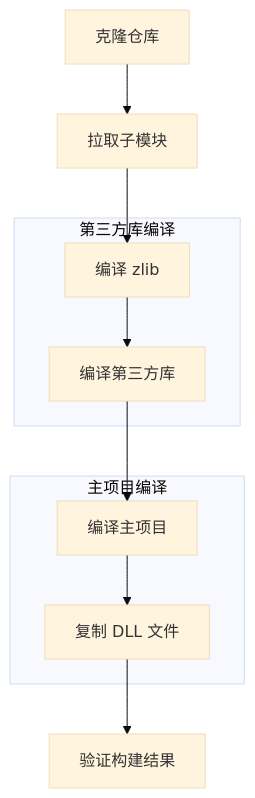
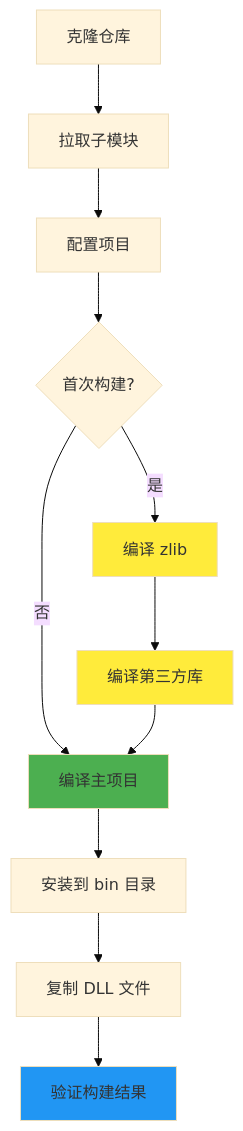
Before and after one commit to czyt1988/data-workbench: the diagram in docs/zh/build/build-instructions.md, drawn with Mermaid (base theme). The commit also changed other lines of this file and 1 other file, not shown here.

````diff
--- a/docs/zh/build/build-instructions.md
+++ b/docs/zh/build/build-instructions.md
@@ -48,19 +56,18 @@
 ```mermaid
 flowchart TD
     A[克隆仓库] --> B[拉取子模块]
-    B --> C[编译 zlib]
-    C --> D[编译第三方库]
-    D --> E[编译主项目]
-    E --> F[复制 DLL 文件]
-    F --> G[验证构建结果]
+    B --> C[配置项目]
+    C --> D{首次构建?}
+    D -->|是| E[编译 zlib]
+    E --> F[编译第三方库]
+    D -->|否| G[编译主项目]
+    F --> G
+    G --> H[安装到 bin 目录]
+    H --> I[复制 DLL 文件]
+    I --> J[验证构建结果]
     
-    subgraph 第三方库编译
-        C
-        D
-    end
-    
-    subgraph 主项目编译
-        E
-        F
-    end
+    style E fill:#ffeb3b
+    style F fill:#ffeb3b
+    style G fill:#4caf50
+    style J fill:#2196f3
 ```
````
